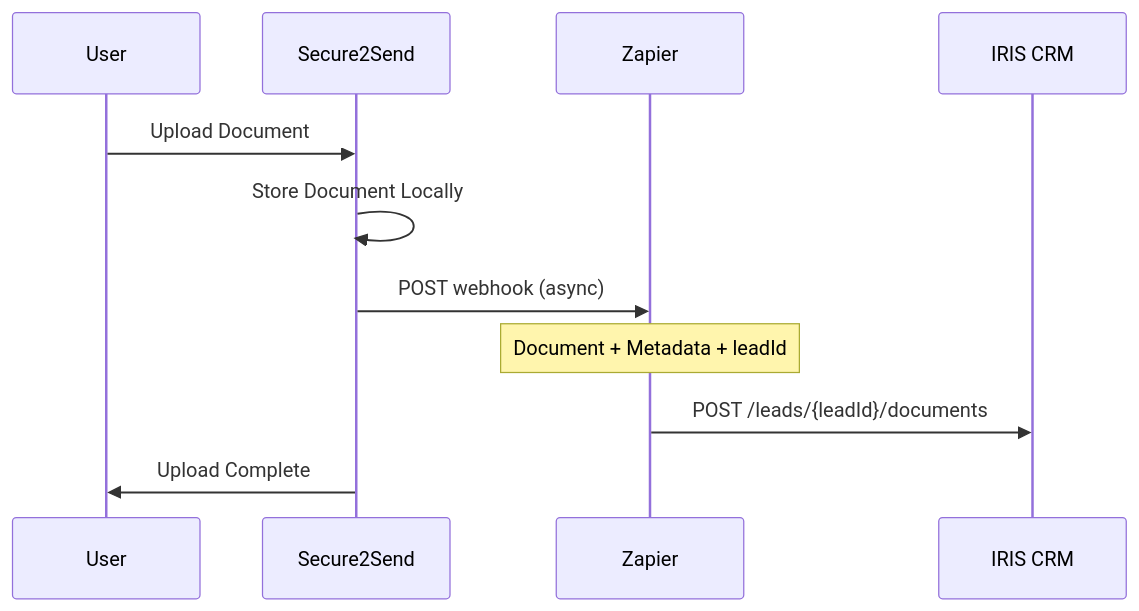
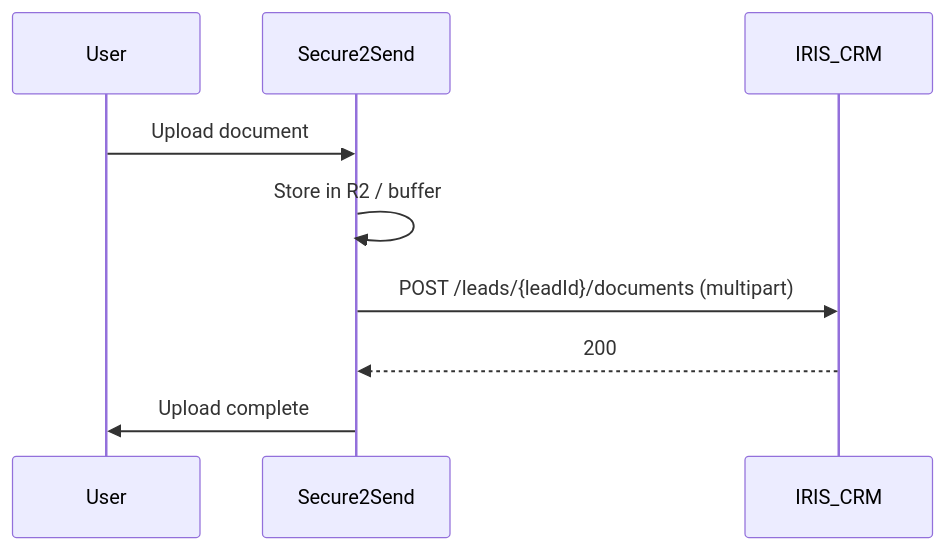
The second of 2 diagrams in IRIS_CRM_INTEGRATION.md (jdugard3/Secure2Send-Enterprise), drawn with Mermaid before and after one commit. The commit also changed other lines of this file and 6 other files, not shown here.

First line of the commit message:
IRIS CRM direct integration: documents, leads, application data

````diff
--- a/IRIS_CRM_INTEGRATION.md
+++ b/IRIS_CRM_INTEGRATION.md
@@ -93,14 +82,12 @@
 ```mermaid
 sequenceDiagram
     participant User
     participant Secure2Send
-    participant Zapier
-    participant IRIS CRM
+    participant IRIS_CRM
 
-    User->>Secure2Send: Upload Document
-    Secure2Send->>Secure2Send: Store Document Locally
-    Secure2Send->>Zapier: POST webhook (async)
-    Note over Zapier: Document + Metadata + leadId
-    Zapier->>IRIS CRM: POST /leads/{leadId}/documents
-    Secure2Send->>User: Upload Complete
+    User->>Secure2Send: Upload document
+    Secure2Send->>Secure2Send: Store in R2 / buffer
+    Secure2Send->>IRIS_CRM: POST /leads/{leadId}/documents (multipart)
+    IRIS_CRM-->>Secure2Send: 200
+    Secure2Send->>User: Upload complete
 ```
````
